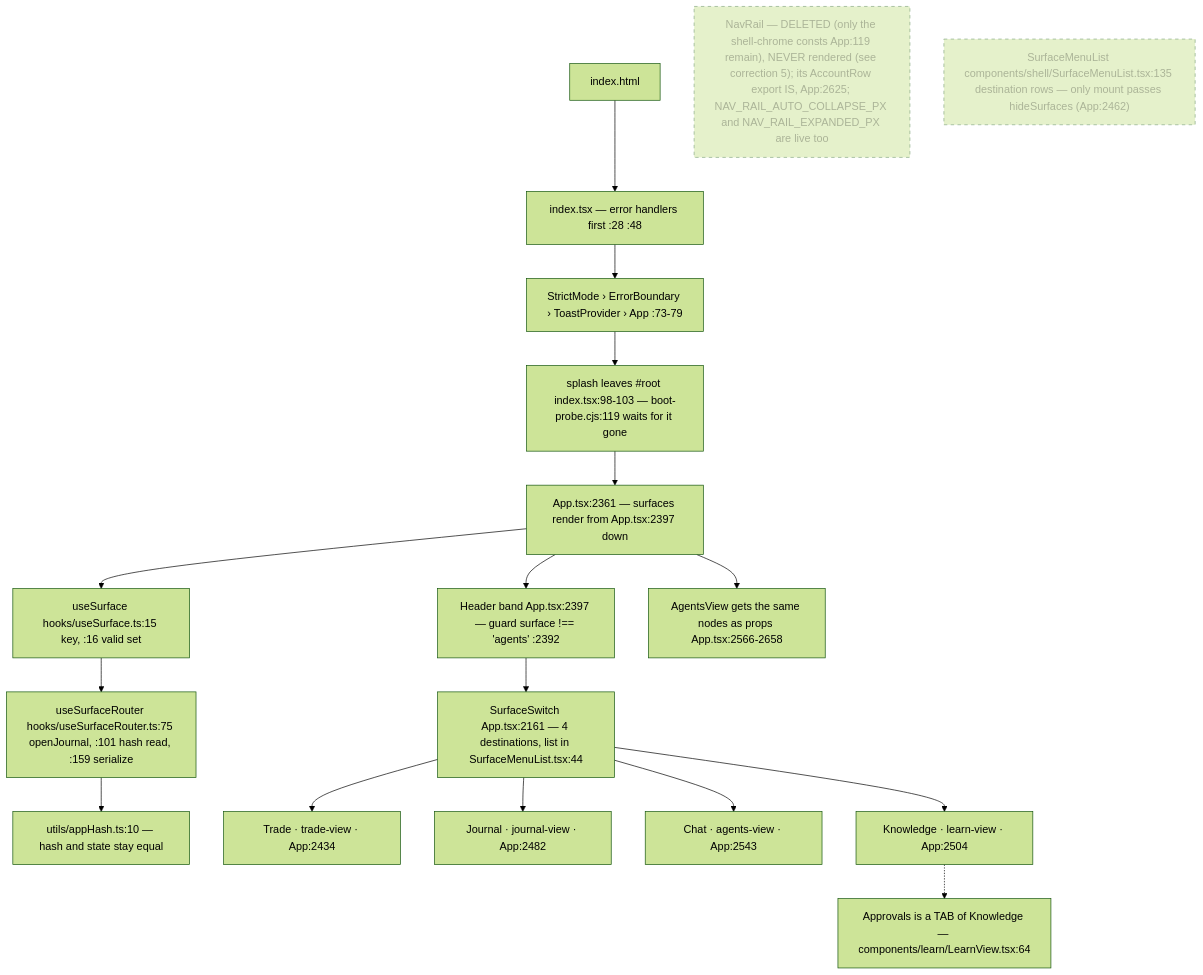
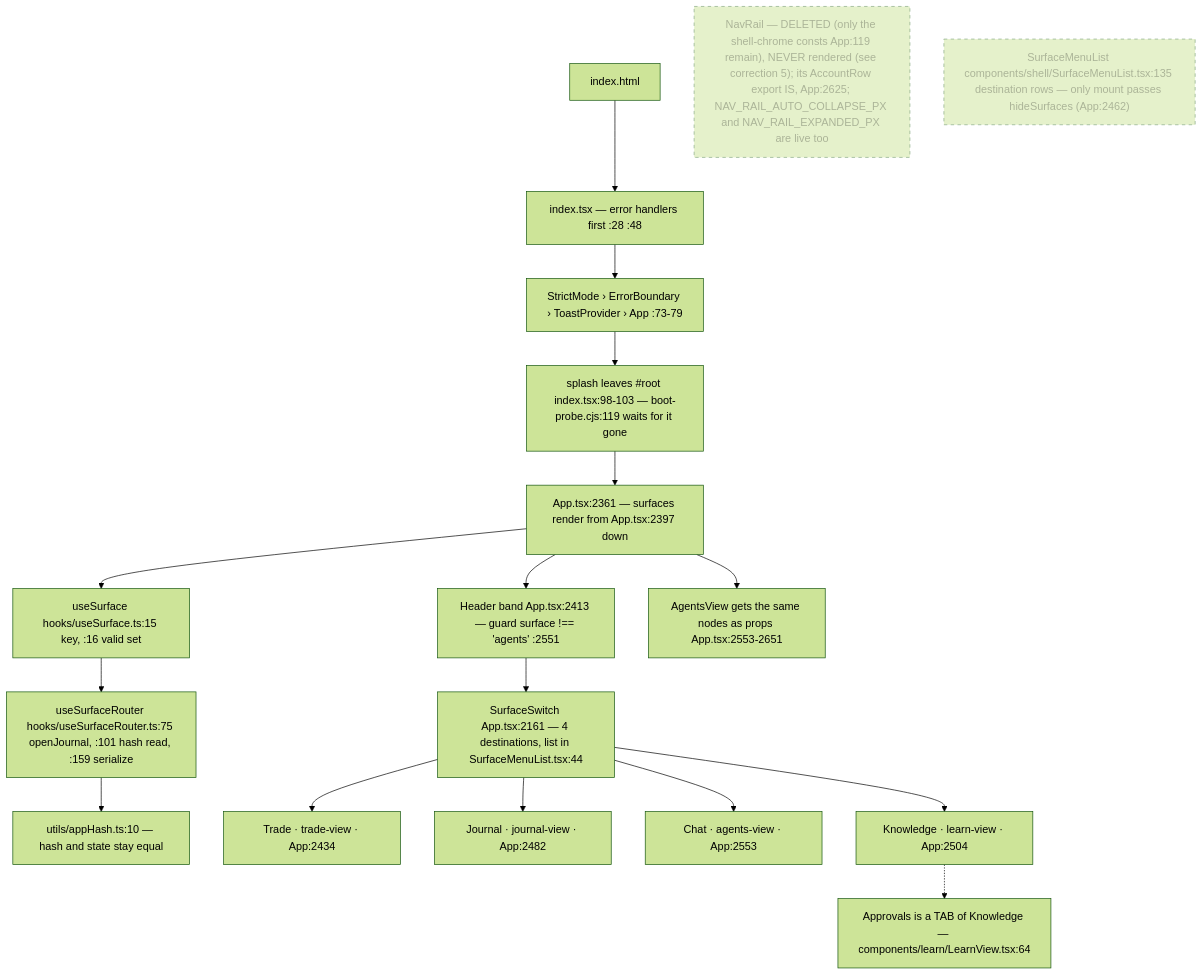
Before and after one commit to Acepay25/august-3.5: the first of 8 diagrams in docs/app-flow.md, drawn with Mermaid (forest theme). The commit also changed other lines of this file and 25 other files, not shown here.

````diff
--- a/docs/app-flow.md
+++ b/docs/app-flow.md
@@ -49,21 +49,21 @@
 ```mermaid
 flowchart TD
     H["index.html"] --> I["index.tsx — error handlers first :28 :48"]
     I --> S["StrictMode › ErrorBoundary › ToastProvider › App :73-79"]
     S --> SP["splash leaves #root index.tsx:98-103 — boot-probe.cjs:119 waits for it gone"]
     SP --> APP["App.tsx:2361 — surfaces render from App.tsx:2397 down"]
     APP --> US["useSurface hooks/useSurface.ts:15 key, :16 valid set"]
     US --> UR["useSurfaceRouter hooks/useSurfaceRouter.ts:75 openJournal, :101 hash read, :159 serialize"]
     UR --> HASH["utils/appHash.ts:10 — hash and state stay equal"]
-    APP --> HD["Header band App.tsx:2397 — guard surface !== 'agents' :2392"]
+    APP --> HD["Header band App.tsx:2413 — guard surface !== 'agents' :2551"]
     HD --> SW["SurfaceSwitch App.tsx:2161 — 4 destinations, list in SurfaceMenuList.tsx:44"]
-    APP --> AV["AgentsView gets the same nodes as props App.tsx:2566-2658"]
+    APP --> AV["AgentsView gets the same nodes as props App.tsx:2553-2651"]
     SW --> T["Trade · trade-view · App:2434"]
     SW --> J["Journal · journal-view · App:2482"]
-    SW --> C["Chat · agents-view · App:2543"]
+    SW --> C["Chat · agents-view · App:2553"]
     SW --> K["Knowledge · learn-view · App:2504"]
     K -.-> AP["Approvals is a TAB of Knowledge — components/learn/LearnView.tsx:64"]
     NR["NavRail — DELETED (only the shell-chrome consts App:119 remain), NEVER rendered (see correction 5); its AccountRow export IS, App:2625; NAV_RAIL_AUTO_COLLAPSE_PX and NAV_RAIL_EXPANDED_PX are live too"]:::dead
     SM["SurfaceMenuList components/shell/SurfaceMenuList.tsx:135 destination rows — only mount passes hideSurfaces (App:2462)"]:::dead
     classDef dead stroke-dasharray: 5 5,opacity:.5
 ```
````
